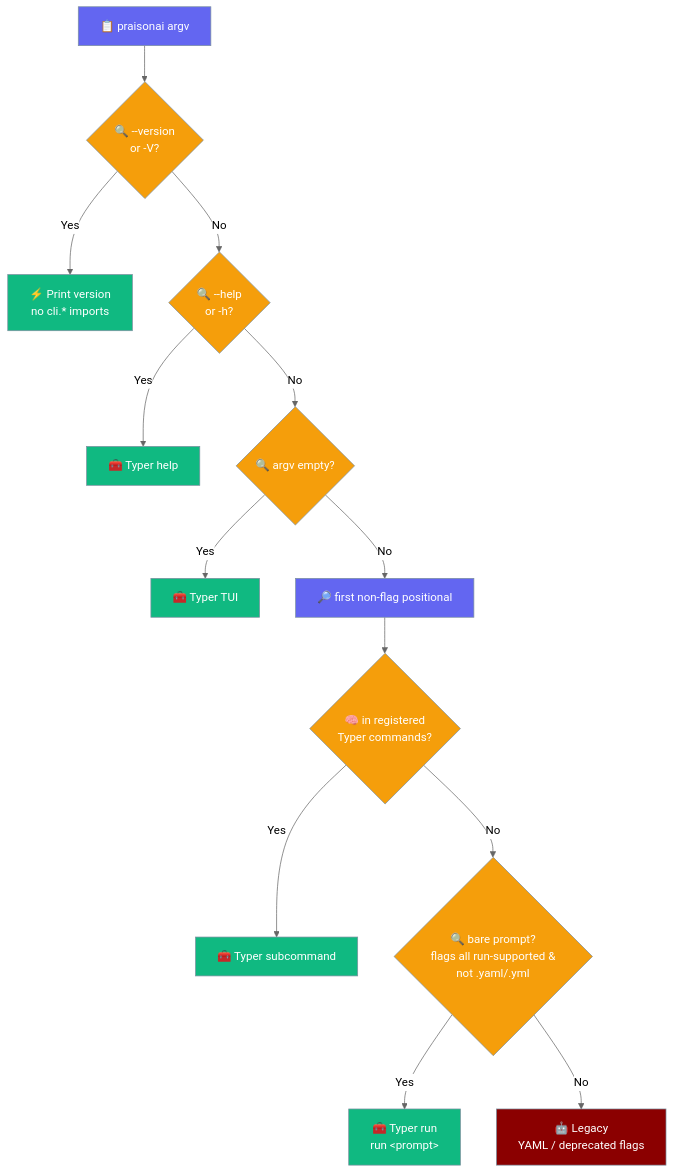
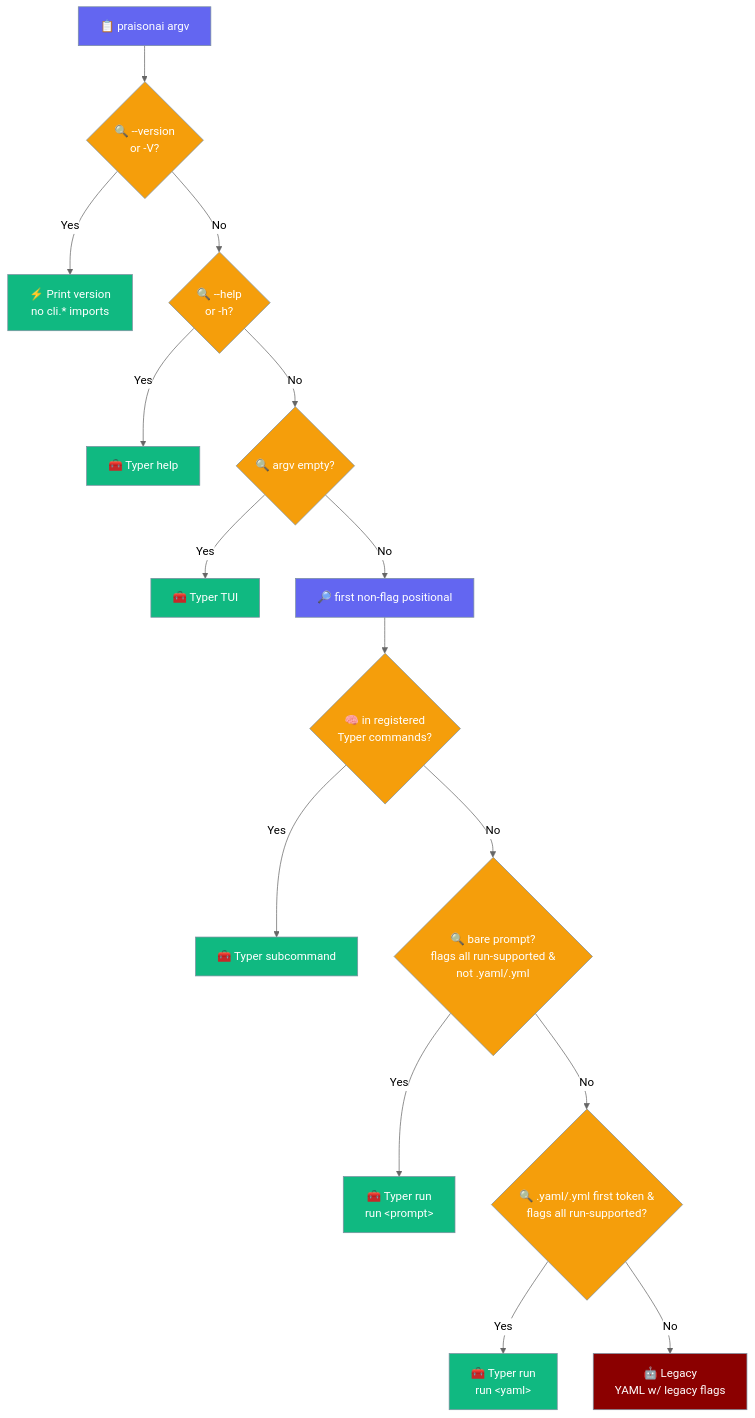
The third of 5 diagrams in docs/features/cli-dispatcher.mdx (MervinPraison/PraisonAIDocs), drawn with Mermaid (neutral theme) before and after one commit. The commit also changed other lines of this file and 3 other files, not shown here.

First line of the commit message:
docs: route YAML workflows through modern run engine (fixes #2822)

````diff
--- a/docs/features/cli-dispatcher.mdx
+++ b/docs/features/cli-dispatcher.mdx
@@ -59,26 +59,28 @@
 ```mermaid
 graph TB
     Start[📋 praisonai argv] --> V{🔍 --version<br/>or -V?}
     V -->|Yes| Print[⚡ Print version<br/>no cli.* imports]
     V -->|No| H{🔍 --help<br/>or -h?}
     H -->|Yes| Typer1[🧰 Typer help]
     H -->|No| E{🔍 argv empty?}
     E -->|Yes| Typer2[🧰 Typer TUI]
     E -->|No| F[🔎 first non-flag positional]
     F --> K{🧠 in registered<br/>Typer commands?}
     K -->|Yes| Typer3[🧰 Typer subcommand]
     K -->|No| B{🔍 bare prompt?<br/>flags all run-supported &amp;<br/>not .yaml/.yml}
     B -->|Yes| Run[🧰 Typer run<br/>run &lt;prompt&gt;]
-    B -->|No| Legacy[🤖 Legacy<br/>YAML / deprecated flags]
+    B -->|No| Y{🔍 .yaml/.yml first token &amp;<br/>flags all run-supported?}
+    Y -->|Yes| RunYaml[🧰 Typer run<br/>run &lt;yaml&gt;]
+    Y -->|No| Legacy[🤖 Legacy<br/>YAML w/ legacy flags]
 
     classDef input fill:#6366F1,stroke:#7C90A0,color:#fff
     classDef check fill:#F59E0B,stroke:#7C90A0,color:#fff
     classDef route fill:#10B981,stroke:#7C90A0,color:#fff
     classDef agent fill:#8B0000,stroke:#7C90A0,color:#fff
 
     class Start input
-    class V,H,E,K,B check
+    class V,H,E,K,B,Y check
     class F input
-    class Print,Typer1,Typer2,Typer3,Run route
+    class Print,Typer1,Typer2,Typer3,Run,RunYaml route
     class Legacy agent
 ```
````
